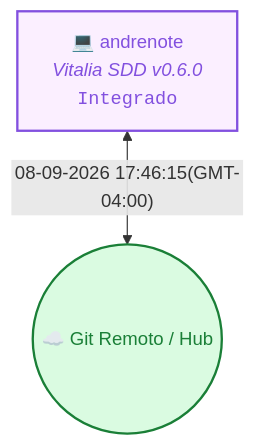
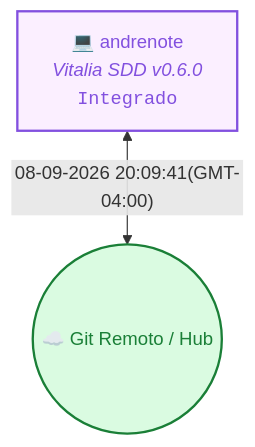
The diagram in README.md (vitalia-platform/vitalia-sdd-context), drawn with Mermaid before and after one commit. The commit also changed other lines of this file and 10 other files, not shown here.

````diff
--- a/README.md
+++ b/README.md
@@ -20,8 +20,8 @@
 ```mermaid
 flowchart TD
   Cloud(("☁️ Git Remoto / Hub"))
   M_7f367bd3["💻 andrenote<br/><i>Vitalia SDD v0.6.0</i><br/><code>Integrado</code>"]
-  M_7f367bd3 <-->|"08-09-2026 17:46:15(GMT-04:00)"| Cloud
+  M_7f367bd3 <-->|"08-09-2026 20:09:41(GMT-04:00)"| Cloud
   style M_7f367bd3 stroke:#8250df,stroke-width:2px,fill:#fbefff,color:#8250df
   style Cloud stroke:#1a7f37,stroke-width:2px,fill:#dafbe1,color:#1a7f37
 ```
````
